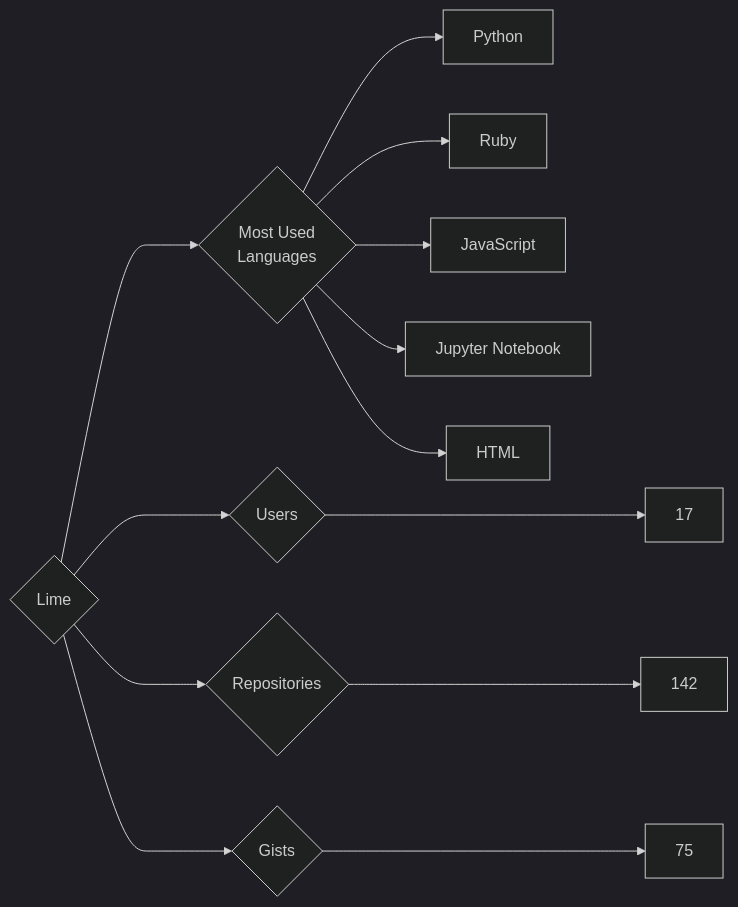
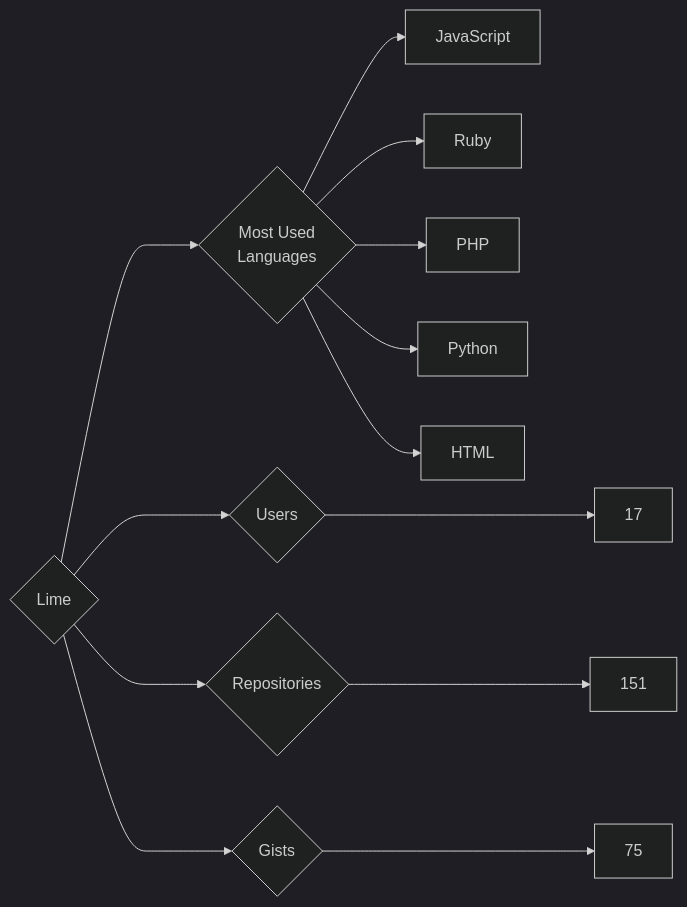
The diagram in targets/Lime/README.md (trickest/insiders), drawn with Mermaid (dark theme) before and after one commit. The commit also changed 882 other files, not shown here.

````diff
--- a/targets/Lime/README.md
+++ b/targets/Lime/README.md
@@ -3,13 +3,13 @@
 ```mermaid
 graph LR
 COMPANY_NAME{Lime}
 COMPANY_NAME ---> U{Users} ---> UN[17]
-COMPANY_NAME ---> R{Repositories} ---> RN[142]
+COMPANY_NAME ---> R{Repositories} ---> RN[151]
 COMPANY_NAME ---> G{Gists} ---> GN[75]
 COMPANY_NAME ---> ML{Most Used<br>Languages}
+ML --> JavaScript[JavaScript]
+ML --> Ruby[Ruby]
+ML --> PHP[PHP]
 ML --> Python[Python]
-ML --> Ruby[Ruby]
-ML --> JavaScript[JavaScript]
-ML --> Jupyter_Notebook[Jupyter Notebook]
 ML --> HTML[HTML]
 ```
````
